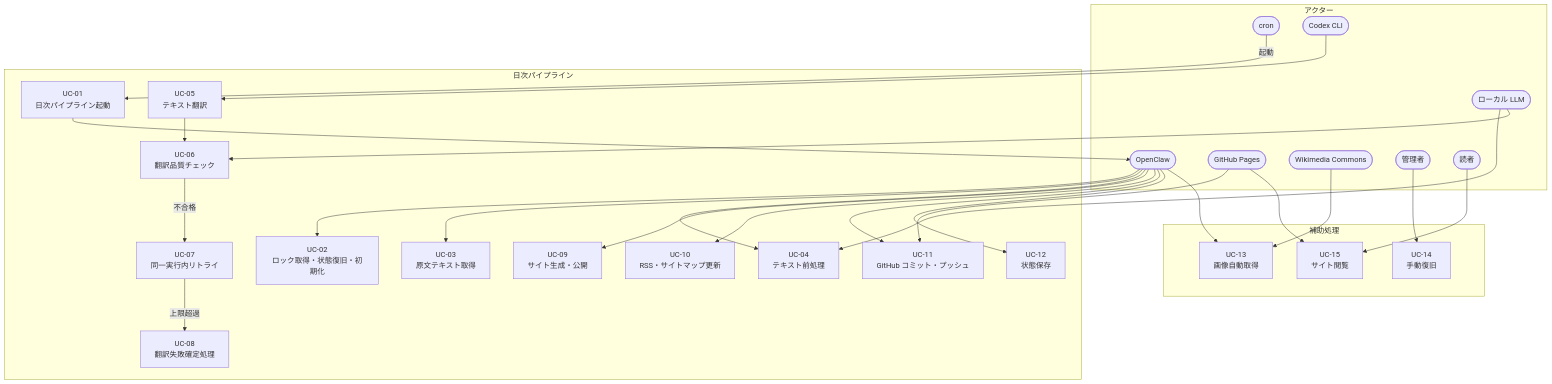
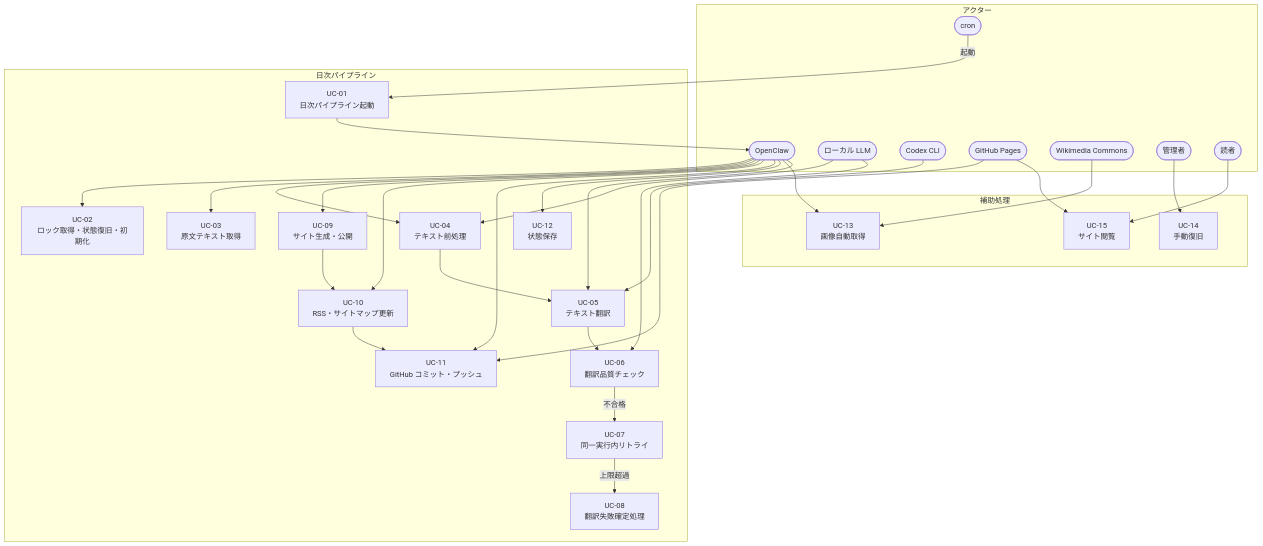
Before and after one commit to garyohosu/WorldClassicsJP: the first of 6 diagrams in usecase.md, drawn with Mermaid. The commit also changed other lines of this file and 1 other file, not shown here.

````diff
--- a/usecase.md
+++ b/usecase.md
@@ -49,58 +49,62 @@
 ```mermaid
 graph TB
     subgraph ACTORS["アクター"]
         CRON([cron])
         OC([OpenClaw])
         LLLM([ローカル LLM])
         CODEX([Codex CLI])
         GH([GitHub Pages])
         WIKI([Wikimedia Commons])
         ADMIN([管理者])
         READER([読者])
     end
 
     subgraph PIPELINE["日次パイプライン"]
         UC01["UC-01\n日次パイプライン起動"]
         UC02["UC-02\nロック取得・状態復旧・初期化"]
         UC03["UC-03\n原文テキスト取得"]
         UC04["UC-04\nテキスト前処理"]
         UC05["UC-05\nテキスト翻訳"]
         UC06["UC-06\n翻訳品質チェック"]
         UC07["UC-07\n同一実行内リトライ"]
         UC08["UC-08\n翻訳失敗確定処理"]
         UC09["UC-09\nサイト生成・公開"]
         UC10["UC-10\nRSS・サイトマップ更新"]
         UC11["UC-11\nGitHub コミット・プッシュ"]
         UC12["UC-12\n状態保存"]
     end
 
     subgraph SUPPORT["補助処理"]
         UC13["UC-13\n画像自動取得"]
         UC14["UC-14\n手動復旧"]
         UC15["UC-15\nサイト閲覧"]
     end
 
     CRON -->|起動| UC01
     UC01 --> OC
     OC --> UC02
     OC --> UC03
     OC --> UC04
     OC --> UC09
     OC --> UC10
     OC --> UC11
     OC --> UC12
     OC --> UC13
 
     LLLM --> UC04
     LLLM --> UC06
+    OC --> UC05
     CODEX --> UC05
+    UC04 --> UC05
     UC05 --> UC06
     UC06 -->|不合格| UC07
     UC07 -->|上限超過| UC08
+    UC09 --> UC10
+    UC10 --> UC11
 
     GH --> UC11
     WIKI --> UC13
     ADMIN --> UC14
     READER --> UC15
     GH --> UC15
 ```
````
